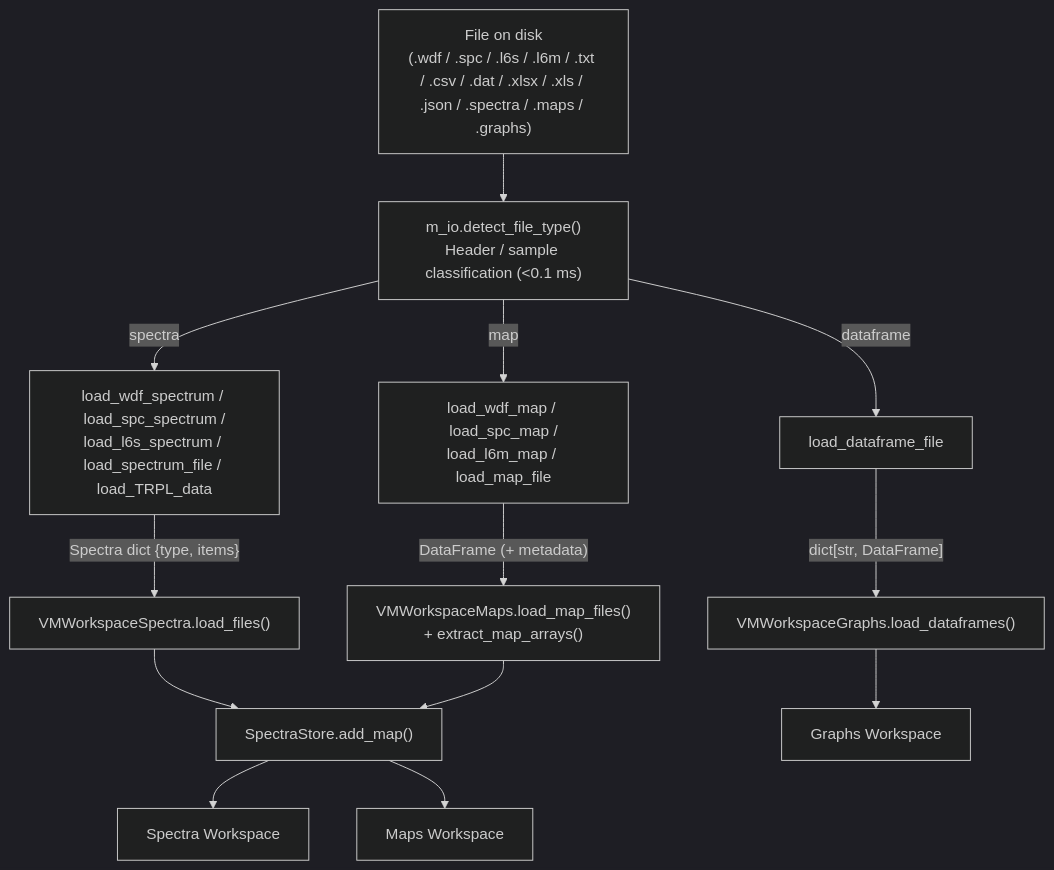
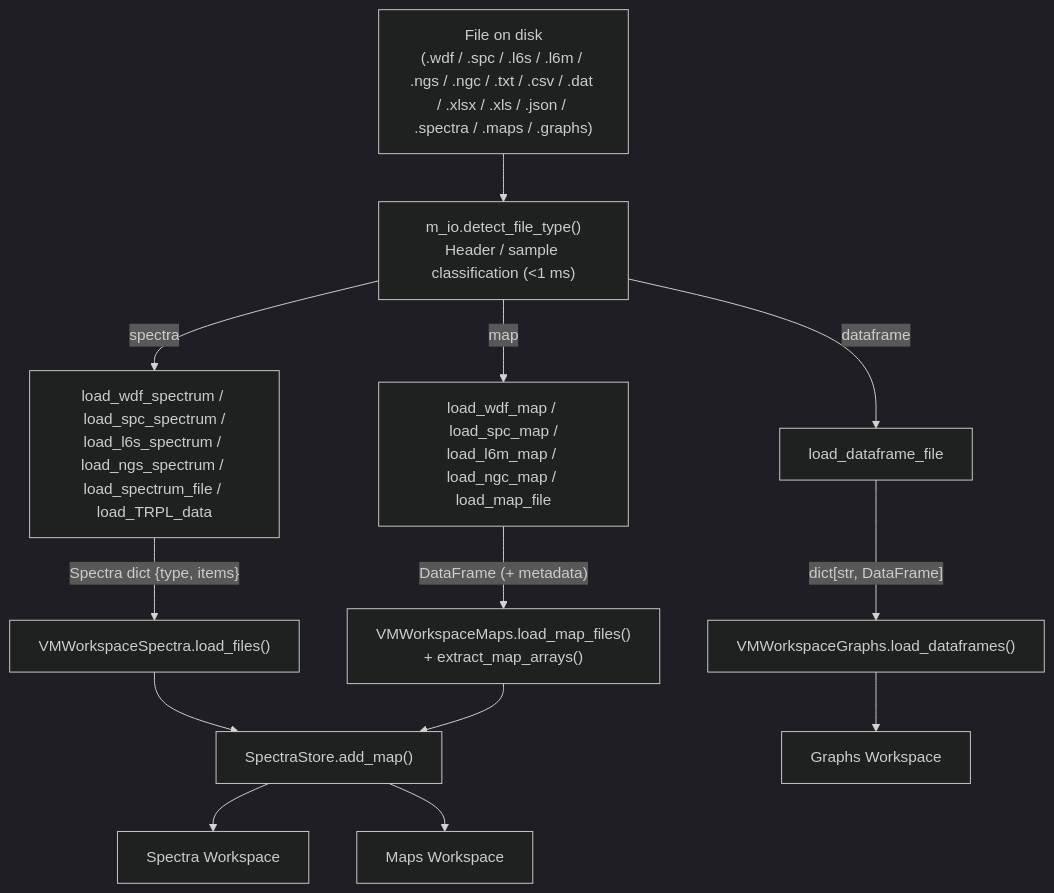
Before and after one commit to CEA-MetroCarac/SPECTROview: the diagram in docs/developer/file_loading.md, drawn with Mermaid (dark theme). The commit also changed other lines of this file and 18 other files, not shown here.

First line of the commit message:
feat(io): add native HORIBA LabSpec 5 (.ngs, .ngc) binary support

````diff
--- a/docs/developer/file_loading.md
+++ b/docs/developer/file_loading.md
@@ -19,21 +19,21 @@
 ```mermaid
 flowchart TD
-    FILE["File on disk<br/>(.wdf / .spc / .l6s / .l6m / .txt / .csv / .dat / .xlsx / .xls / .json / .spectra / .maps / .graphs)"]
+    FILE["File on disk<br/>(.wdf / .spc / .l6s / .l6m / .ngs / .ngc / .txt / .csv / .dat / .xlsx / .xls / .json / .spectra / .maps / .graphs)"]
 
-    FILE --> DETECT["m_io.detect_file_type()<br/>Header / sample classification (<0.1 ms)"]
+    FILE --> DETECT["m_io.detect_file_type()<br/>Header / sample classification (<1 ms)"]
 
-    DETECT -->|"spectra"| MIO_SPEC["load_wdf_spectrum / load_spc_spectrum /<br/>load_l6s_spectrum / load_spectrum_file / load_TRPL_data"]
-    DETECT -->|"map"| MIO_MAP["load_wdf_map / load_spc_map /<br/>load_l6m_map / load_map_file"]
+    DETECT -->|"spectra"| MIO_SPEC["load_wdf_spectrum / load_spc_spectrum /<br/>load_l6s_spectrum / load_ngs_spectrum / load_spectrum_file / load_TRPL_data"]
+    DETECT -->|"map"| MIO_MAP["load_wdf_map / load_spc_map /<br/>load_l6m_map / load_ngc_map / load_map_file"]
     DETECT -->|"dataframe"| MIO_DF["load_dataframe_file"]
 
     MIO_SPEC -->|"Spectra dict {type, items}"| VMSPECTRA["VMWorkspaceSpectra.load_files()"]
     MIO_MAP -->|"DataFrame (+ metadata)"| VMMAPS["VMWorkspaceMaps.load_map_files()<br/>+ extract_map_arrays()"]
     MIO_DF -->|"dict[str, DataFrame]"| VMGRAPHS["VMWorkspaceGraphs.load_dataframes()"]
 
     VMSPECTRA --> STORE["SpectraStore.add_map()"]
     VMMAPS --> STORE
 
     STORE --> SPECTRA_WS["Spectra Workspace"]
     STORE --> MAPS_WS["Maps Workspace"]
     VMGRAPHS --> GRAPHS_WS["Graphs Workspace"]
 ```
````
